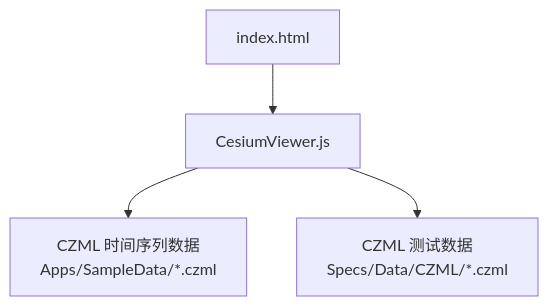
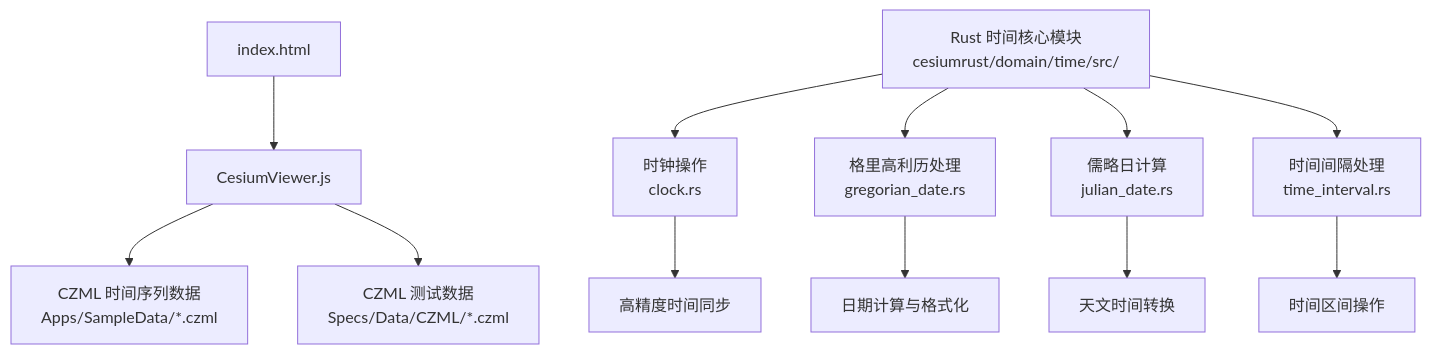
The first of 6 diagrams in .qoder/repowiki/zh/content/核心概念/时间管理系统.md (rzhangjing/cesium), drawn with Mermaid before and after one commit. The commit also changed other lines of this file and 92 other files, not shown here.

````diff
--- a/.qoder/repowiki/zh/content/核心概念/时间管理系统.md
+++ b/.qoder/repowiki/zh/content/核心概念/时间管理系统.md
@@ -44,6 +60,14 @@
 ```mermaid
 graph TB
 A["index.html"] --> B["CesiumViewer.js"]
 B --> C["CZML 时间序列数据<br/>Apps/SampleData/*.czml"]
 B --> D["CZML 测试数据<br/>Specs/Data/CZML/*.czml"]
+E["Rust 时间核心模块<br/>cesiumrust/domain/time/src/"] --> F["时钟操作<br/>clock.rs"]
+E --> G["格里高利历处理<br/>gregorian_date.rs"]
+E --> H["儒略日计算<br/>julian_date.rs"]
+E --> I["时间间隔处理<br/>time_interval.rs"]
+F --> J["高精度时间同步"]
+G --> K["日期计算与格式化"]
+H --> L["天文时间转换"]
+I --> M["时间区间操作"]
 ```
````
